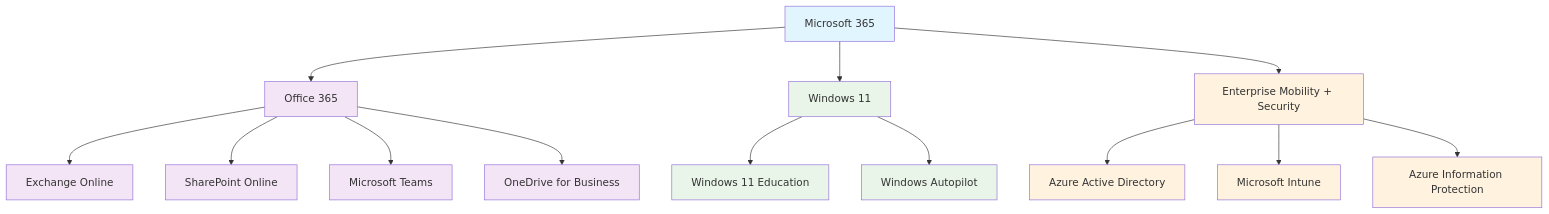
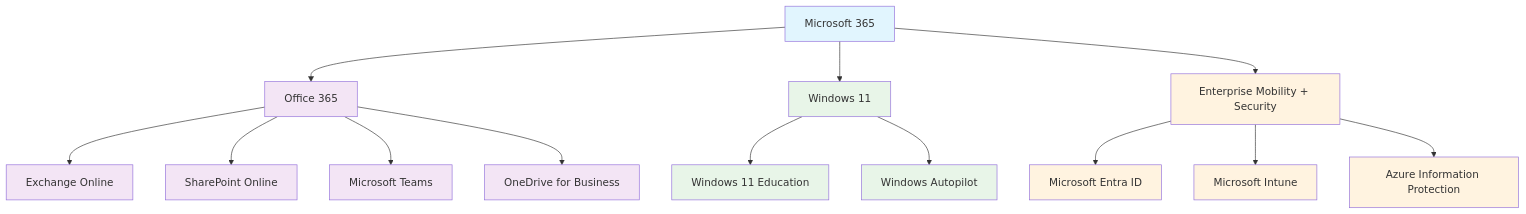
Before and after one commit to nahisaho/zenn-writing-collection: the first of 2 diagrams in books/61c375d444c12a/chapter2-licensing.md, drawn with Mermaid. The commit also changed other lines of this file and 7 other files, not shown here.

First line of the commit message:
Update Azure AD references to Microsoft Entra ID across all chapters

````diff
--- a/books/61c375d444c12a/chapter2-licensing.md
+++ b/books/61c375d444c12a/chapter2-licensing.md
@@ -19,28 +19,28 @@
 ```mermaid
 graph TB
     A[Microsoft 365] --> B[Office 365]
     A --> C[Windows 11]
     A --> D[Enterprise Mobility + Security]
     
     B --> E[Exchange Online]
     B --> F[SharePoint Online]
     B --> G[Microsoft Teams]
     B --> H[OneDrive for Business]
     
     C --> I[Windows 11 Education]
     C --> J[Windows Autopilot]
     
-    D --> K[Azure Active Directory]
+    D --> K[Microsoft Entra ID]
     D --> L[Microsoft Intune]
     D --> M[Azure Information Protection]
     
     classDef coreClass fill:#e1f5fe
     classDef officeClass fill:#f3e5f5
     classDef windowsClass fill:#e8f5e8
     classDef securityClass fill:#fff3e0
     
     class A coreClass
     class B,E,F,G,H officeClass
     class C,I,J windowsClass
     class D,K,L,M securityClass
 ```
````
